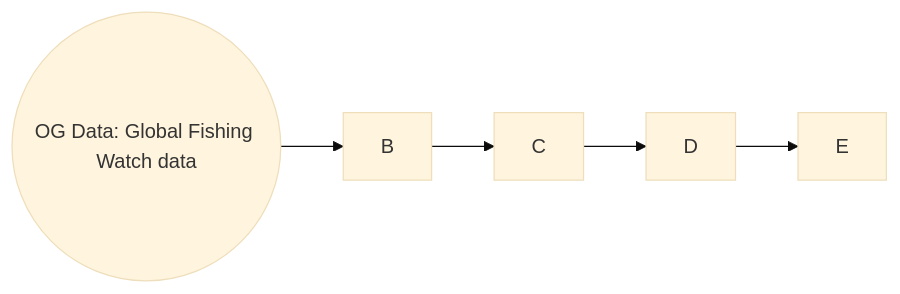
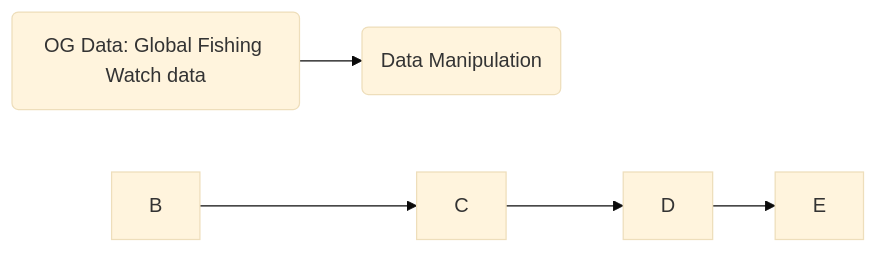
The diagram in mermaid_trial.md (cake-oh/supply-chain), drawn with Mermaid (base theme) before and after one commit.

````diff
--- a/mermaid_trial.md
+++ b/mermaid_trial.md
@@ -4,10 +4,10 @@
 ``` mermaid
 flowchart LR 
 
-id1((OG Data: Global Fishing Watch data)) -->B
+id1(OG Data: Global Fishing Watch data) --> id2(Data Manipulation)
     B-->C
     C-->D
     D-->E
 
 
 ```
````
